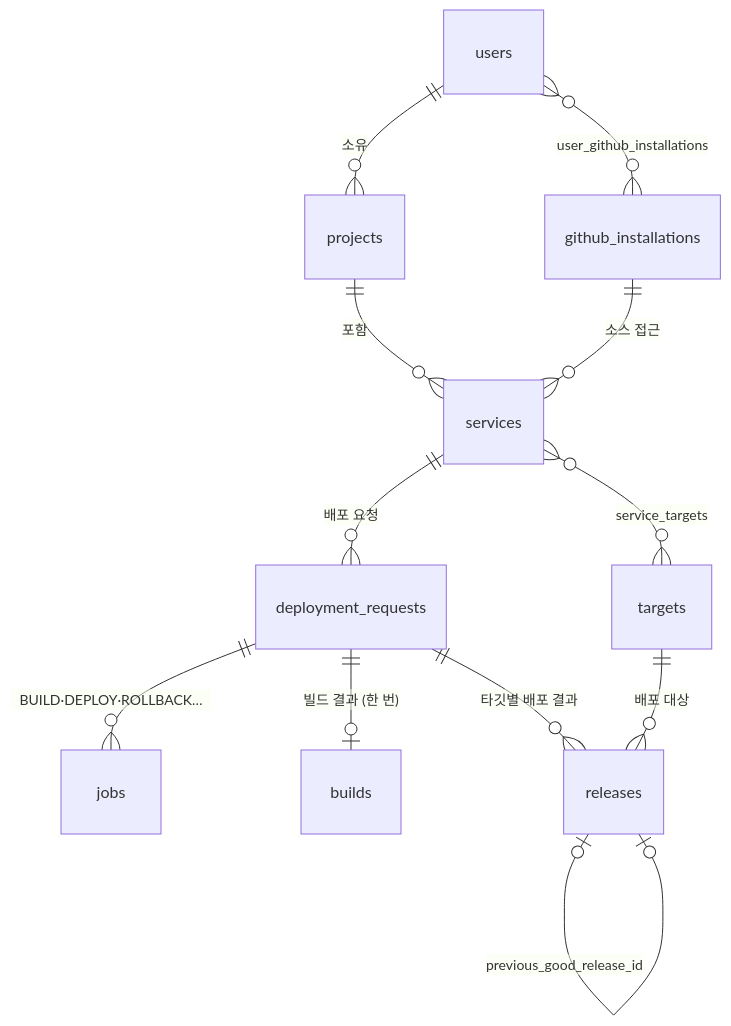
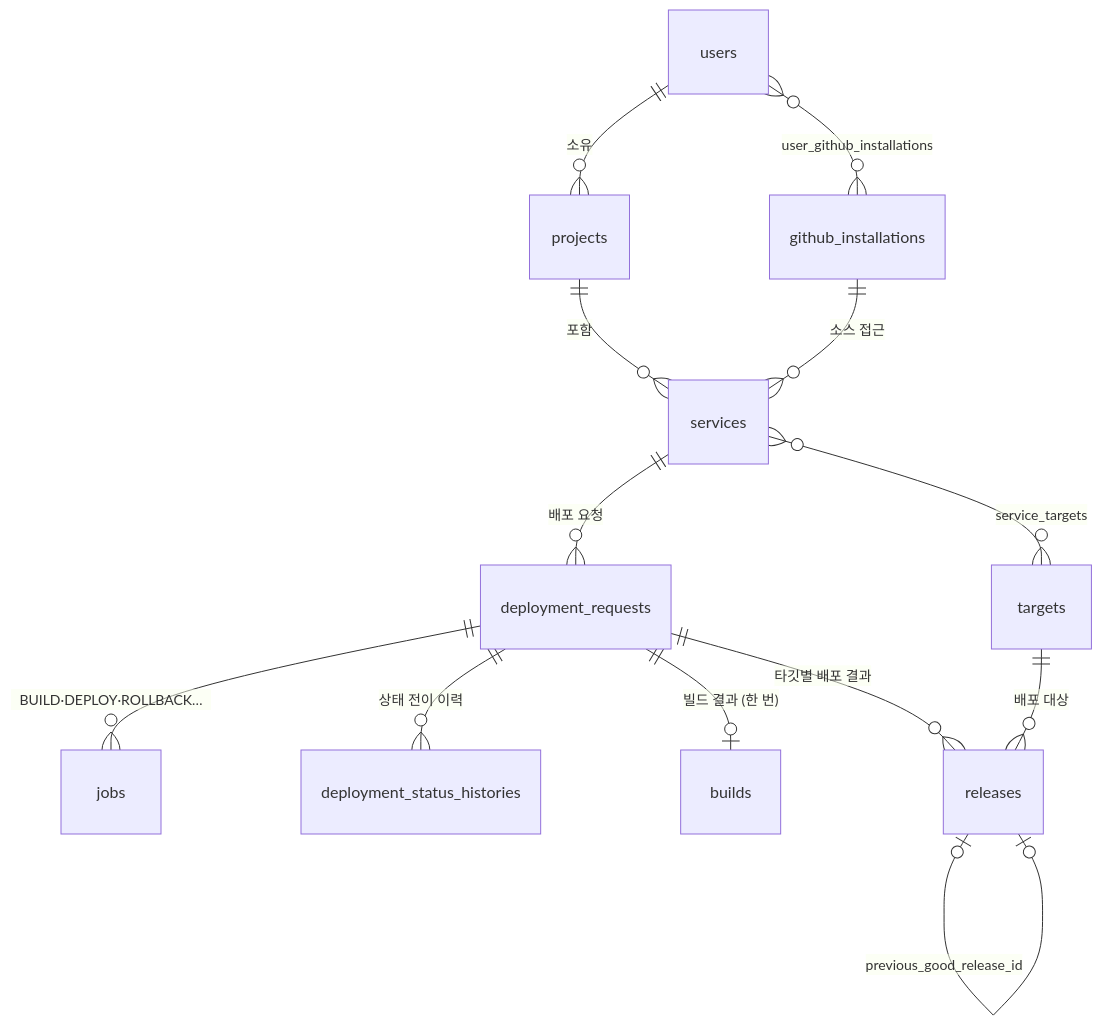
The diagram in .claude/rules/term-dictionary.md (2026-softbank-1/iris-was), drawn with Mermaid before and after one commit. The commit also changed other lines of this file and 3 other files, not shown here.

````diff
--- a/.claude/rules/term-dictionary.md
+++ b/.claude/rules/term-dictionary.md
@@ -44,14 +44,15 @@
 ```mermaid
 erDiagram
   users ||--o{ projects : "소유"
   users }o--o{ github_installations : "user_github_installations"
   projects ||--o{ services : "포함"
   github_installations ||--o{ services : "소스 접근"
   services }o--o{ targets : "service_targets"
   services ||--o{ deployment_requests : "배포 요청"
   deployment_requests ||--o{ jobs : "BUILD·DEPLOY·ROLLBACK…"
+  deployment_requests ||--o{ deployment_status_histories : "상태 전이 이력"
   deployment_requests ||--o| builds : "빌드 결과 (한 번)"
   deployment_requests ||--o{ releases : "타깃별 배포 결과"
   targets ||--o{ releases : "배포 대상"
   releases |o--o| releases : "previous_good_release_id"
 ```
````
